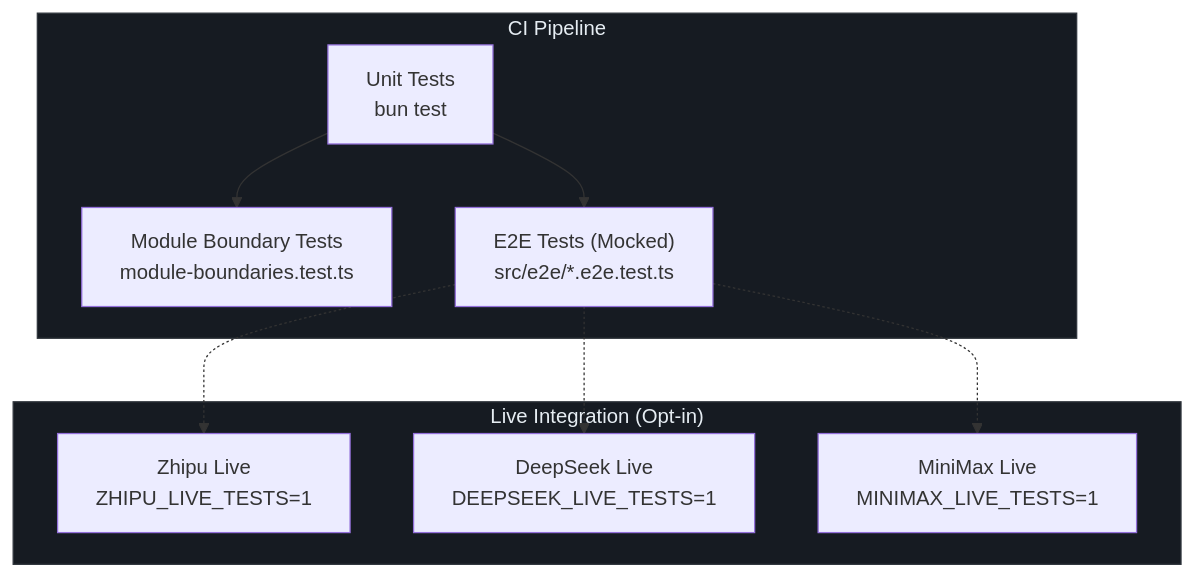
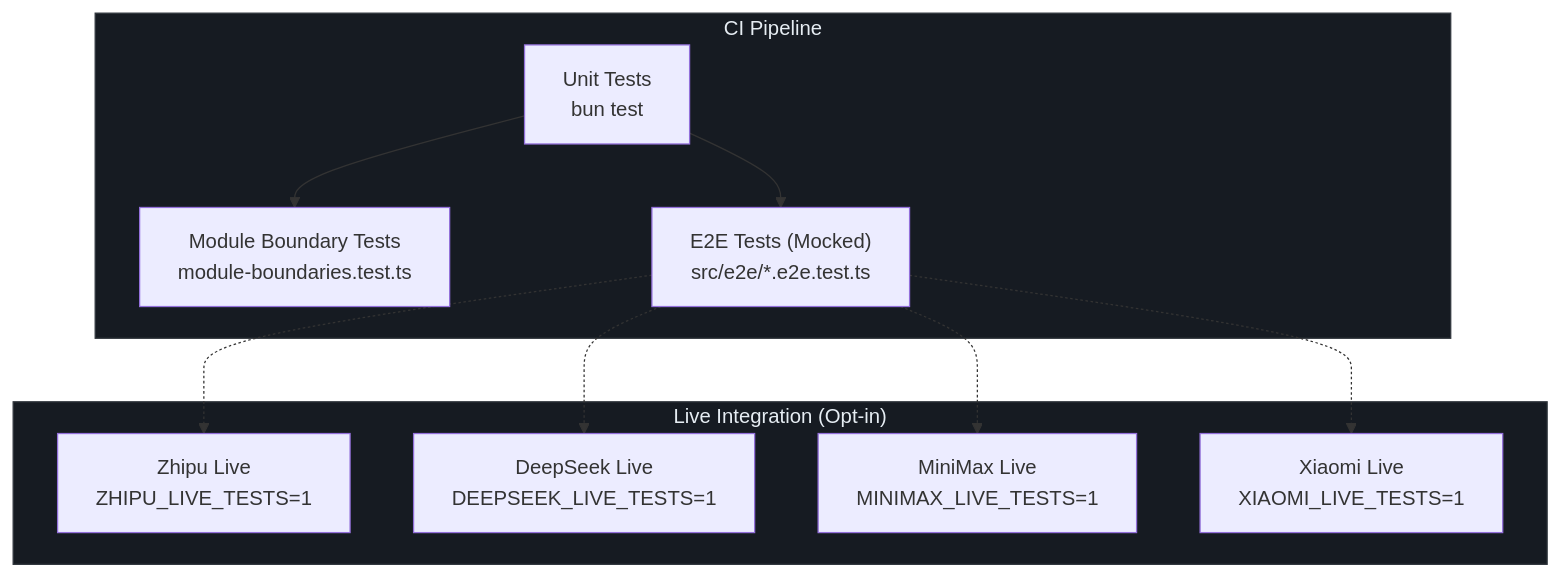
Before and after one commit to zamelee/GodeX: the first of 5 diagrams in wiki/08-testing/testing.md, drawn with Mermaid. The commit also changed other lines of this file and 18 other files, not shown here.

````diff
--- a/wiki/08-testing/testing.md
+++ b/wiki/08-testing/testing.md
@@ -24,22 +25,24 @@
 ```mermaid
 graph TB
     subgraph CI ["CI Pipeline"]
         style CI fill:#161b22,stroke:#30363d,color:#e6edf3
         Unit["Unit Tests<br>bun test"]
         Boundary["Module Boundary Tests<br>module-boundaries.test.ts"]
         E2E["E2E Tests (Mocked)<br>src/e2e/*.e2e.test.ts"]
     end
 
     subgraph Live ["Live Integration (Opt-in)"]
         style Live fill:#161b22,stroke:#30363d,color:#e6edf3
         Zhipu["Zhipu Live<br>ZHIPU_LIVE_TESTS=1"]
         DeepSeek["DeepSeek Live<br>DEEPSEEK_LIVE_TESTS=1"]
         MiniMax["MiniMax Live<br>MINIMAX_LIVE_TESTS=1"]
+        Xiaomi["Xiaomi Live<br>XIAOMI_LIVE_TESTS=1"]
     end
 
     Unit --> Boundary
     Unit --> E2E
     E2E -.-> Zhipu
     E2E -.-> DeepSeek
     E2E -.-> MiniMax
+    E2E -.-> Xiaomi
 ```
````
